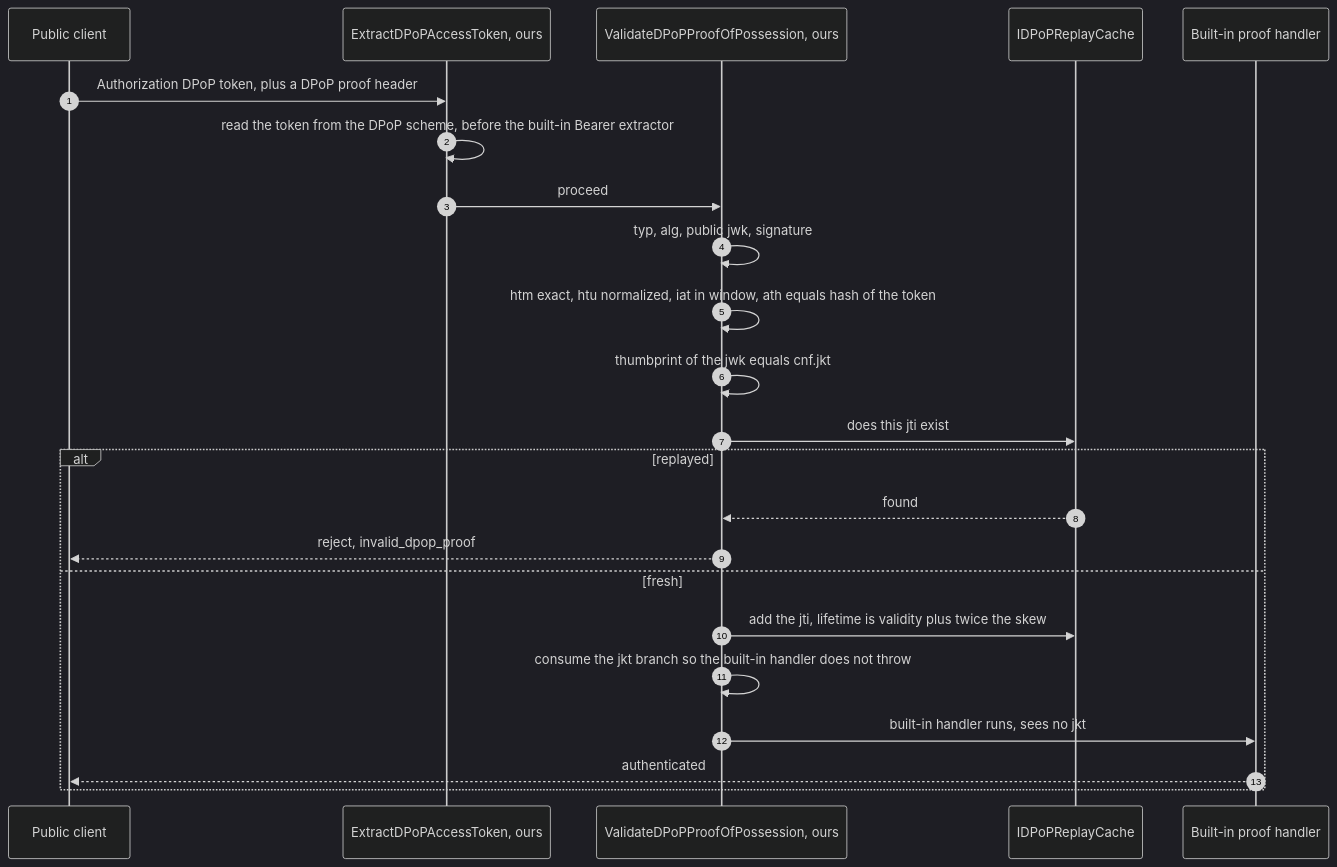
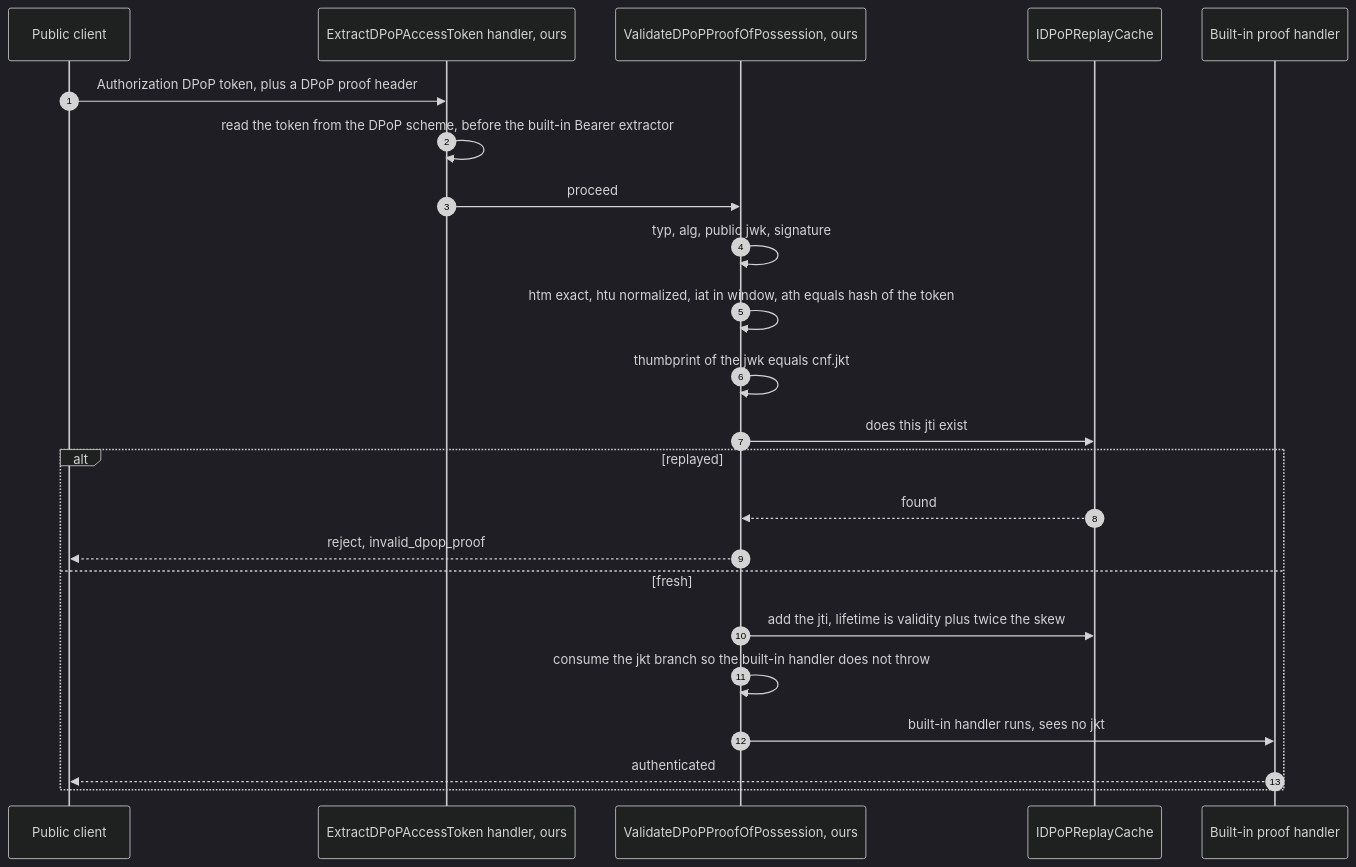
The third of 4 diagrams in docs/design/06-sender-constrained-tokens.md (namphuongtran/nami), drawn with Mermaid (dark theme) before and after one commit. The commit also changed other lines of this file and 14 other files, not shown here.

````diff
--- a/docs/design/06-sender-constrained-tokens.md
+++ b/docs/design/06-sender-constrained-tokens.md
@@ -178,25 +178,25 @@
 ```mermaid
 sequenceDiagram
   autonumber
   participant C as Public client
-  participant X as ExtractDPoPAccessToken, ours
+  participant X as ExtractDPoPAccessToken handler, ours
   participant V as ValidateDPoPProofOfPossession, ours
   participant RC as IDPoPReplayCache
   participant B as Built-in proof handler
   C->>X: Authorization DPoP token, plus a DPoP proof header
   X->>X: read the token from the DPoP scheme, before the built-in Bearer extractor
   X->>V: proceed
   V->>V: typ, alg, public jwk, signature
   V->>V: htm exact, htu normalized, iat in window, ath equals hash of the token
   V->>V: thumbprint of the jwk equals cnf.jkt
   V->>RC: does this jti exist
   alt replayed
     RC-->>V: found
     V-->>C: reject, invalid_dpop_proof
   else fresh
     V->>RC: add the jti, lifetime is validity plus twice the skew
     V->>V: consume the jkt branch so the built-in handler does not throw
     V->>B: built-in handler runs, sees no jkt
     B-->>C: authenticated
   end
 ```
````
